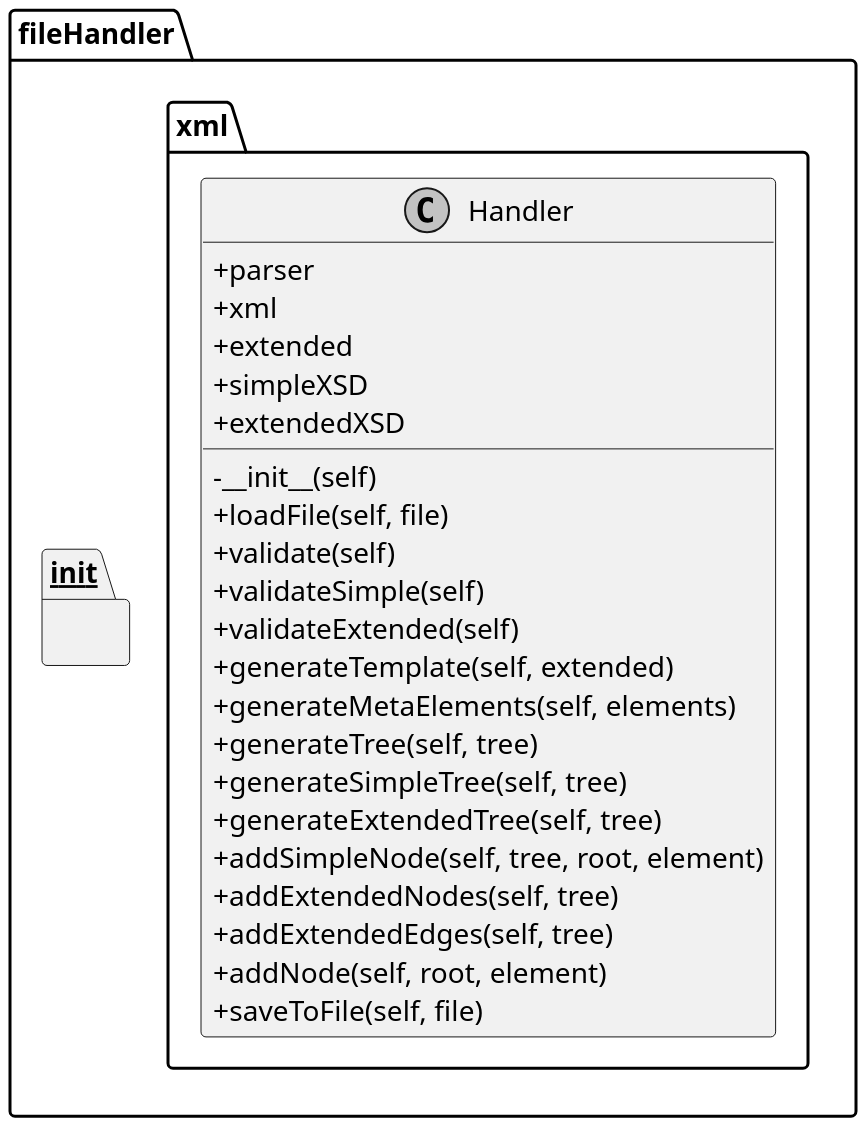
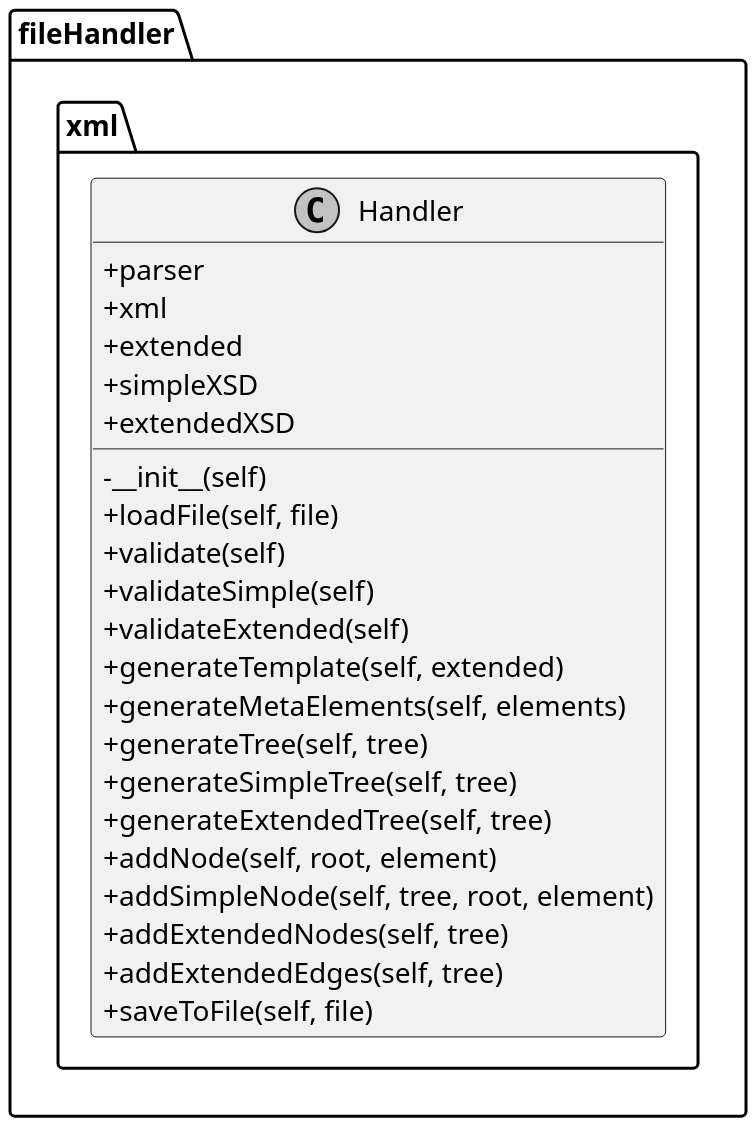
One commit to 0x6b7966/attackTreeDraw changed the diagram in doc/uml/fileHandler.puml. Above: the diagram before and after it, drawn with PlantUML. The commit also changed 2 other files, not shown here.

```diff
--- a/doc/uml/fileHandler.puml
+++ b/doc/uml/fileHandler.puml
@@ -1,36 +1,33 @@
 @startuml
 skinparam monochrome true
 skinparam classAttributeIconSize 0
 scale 2
 
 namespace fileHandler {
-  namespace __init__ {
-  }
   namespace xml {
     class Handler {
       +parser
       +xml
       +extended
       +simpleXSD
       +extendedXSD
       -__init__(self)
       +loadFile(self, file)
       +validate(self)
       +validateSimple(self)
       +validateExtended(self)
       +generateTemplate(self, extended)
       +generateMetaElements(self, elements)
       +generateTree(self, tree)
       +generateSimpleTree(self, tree)
       +generateExtendedTree(self, tree)
+      +addNode(self, root, element)
       +addSimpleNode(self, tree, root, element)
       +addExtendedNodes(self, tree)
       +addExtendedEdges(self, tree)
-      +addNode(self, root, element)
       +saveToFile(self, file)
     }
 
   }
 }
-
 @enduml
```
